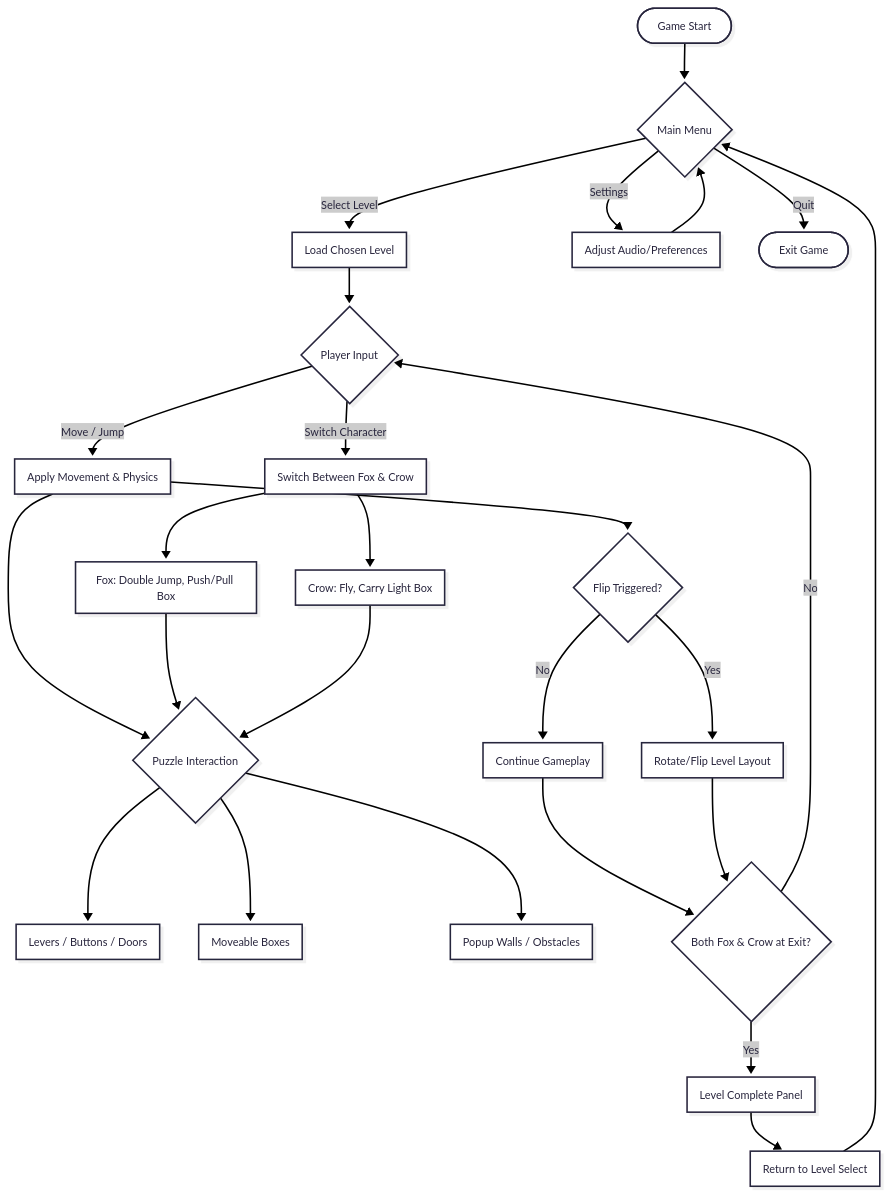
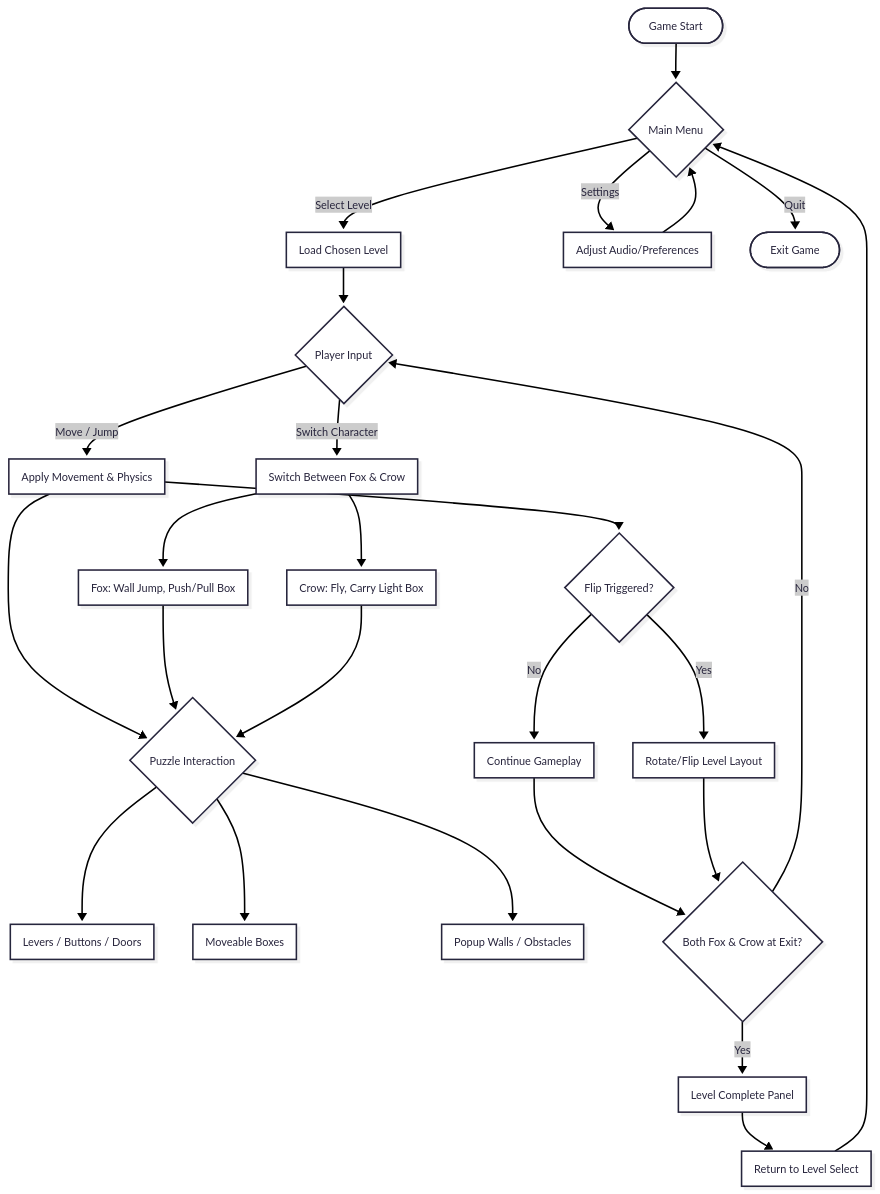
The third of 4 diagrams in README.md (Justsomeguy241/Out-of-the-box), drawn with Mermaid before and after one commit. The commit also changed other lines of this file, not shown here.

````diff
--- a/README.md
+++ b/README.md
@@ -123,51 +123,51 @@
 ```mermaid
 ---
 config:
   theme: redux
   look: neo
 ---
 flowchart TD
   %% --- Game Start & Menu ---
   start([Game Start])
   start --> menu{Main Menu}
 
   menu -->|"Select Level"| level[Load Chosen Level]
   menu -->|"Settings"| settings[Adjust Audio/Preferences]
   menu -->|"Quit"| quit([Exit Game])
   settings --> menu
 
   %% --- Gameplay Core ---
   level --> input{Player Input}
   input -->|"Move / Jump"| move[Apply Movement & Physics]
   input -->|"Switch Character"| switch[Switch Between Fox & Crow]
 
   %% --- Character Abilities ---
-  switch --> fox[Fox: Double Jump, Push/Pull Box]
+  switch --> fox[Fox: Wall Jump, Push/Pull Box]
   switch --> crow[Crow: Fly, Carry Light Box]
 
   %% --- Puzzle System ---
   move --> puzzle{Puzzle Interaction}
   fox --> puzzle
   crow --> puzzle
 
   puzzle --> lever[Levers / Buttons / Doors]
   puzzle --> box[Moveable Boxes]
   puzzle --> wall[Popup Walls / Obstacles]
 
   %% --- Flip Mechanic ---
   move --> flip{Flip Triggered?}
   flip -->|Yes| doFlip[Rotate/Flip Level Layout]
   flip -->|No| cont[Continue Gameplay]
 
   %% --- Exit System ---
   cont --> exitChk{Both Fox & Crow at Exit?}
   doFlip --> exitChk
 
   exitChk -->|Yes| complete[Level Complete Panel]
   exitChk -->|No| input
 
   complete --> backToSelect[Return to Level Select]
   backToSelect --> menu
 
 
 ```
````
